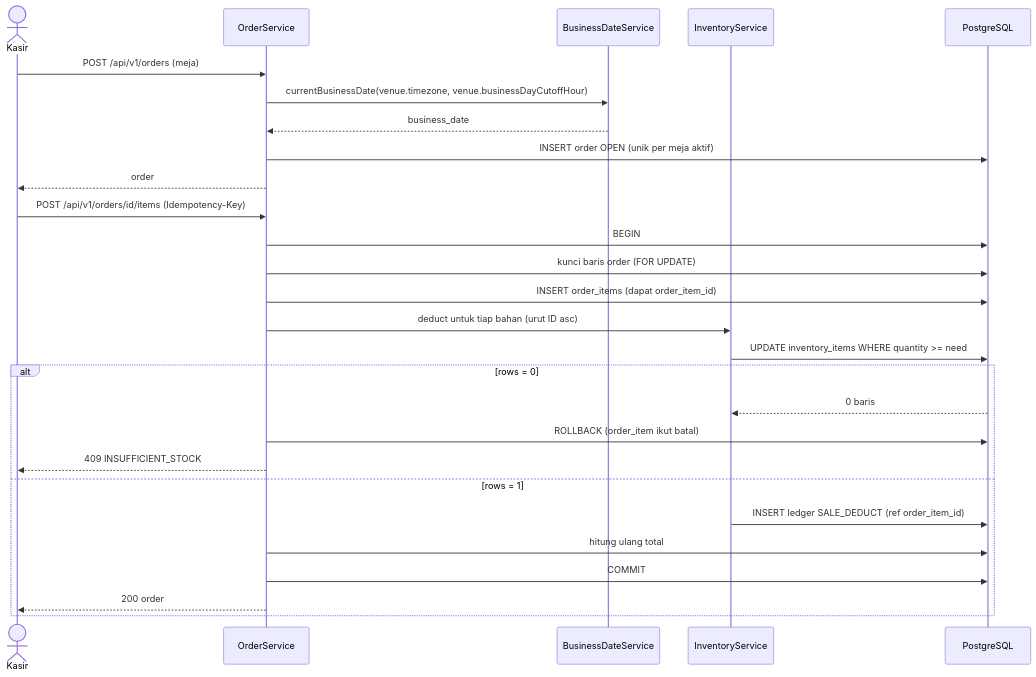
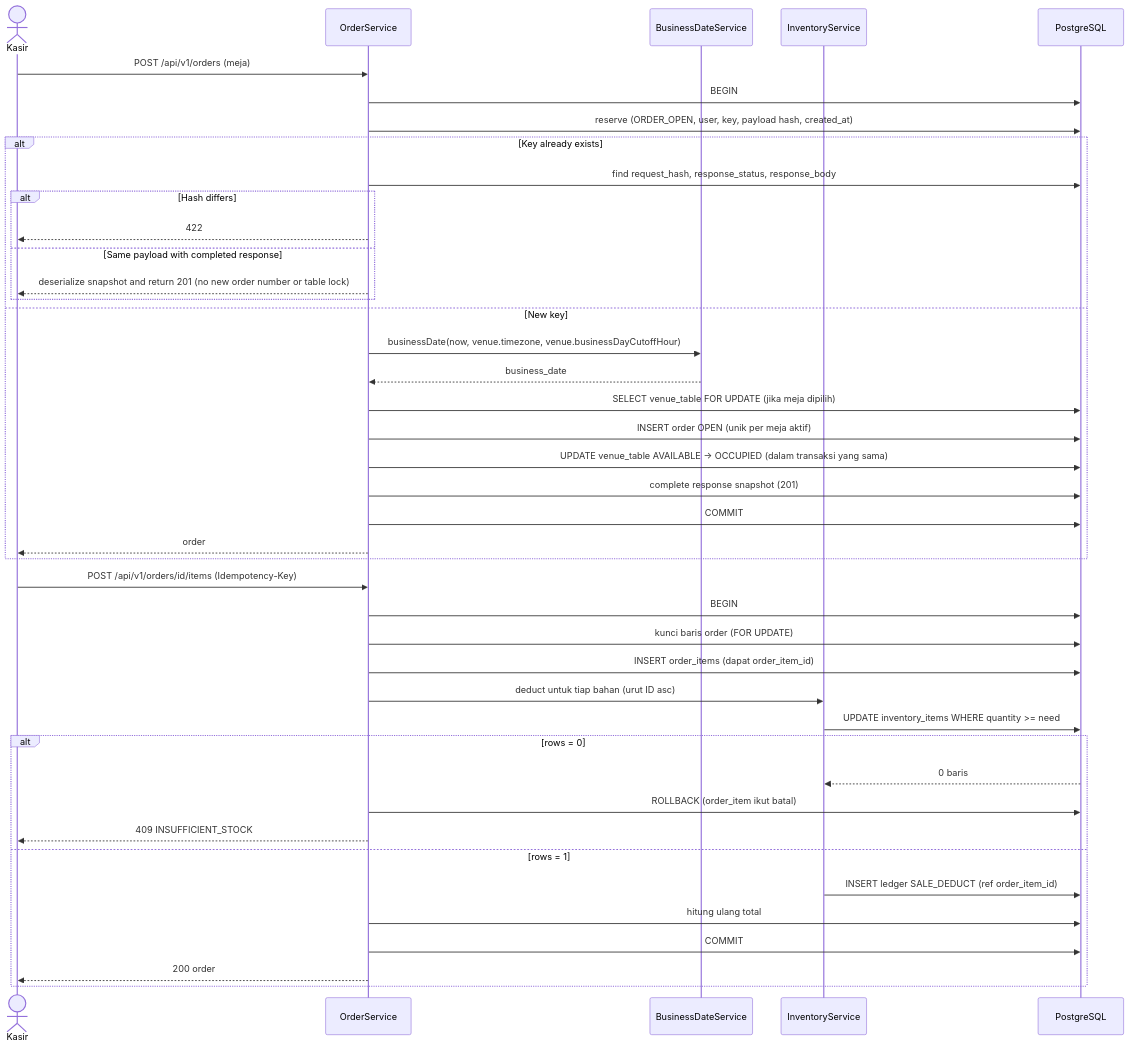
The fourth of 18 diagrams in docs/UML.md (ranggautama47/nightvenue-backend), drawn with Mermaid before and after one commit. The commit also changed other lines of this file and 14 other files, not shown here.

````diff
--- a/docs/UML.md
+++ b/docs/UML.md
@@ -264,31 +264,46 @@
 ```mermaid
 sequenceDiagram
     actor K as Kasir
     participant A as OrderService
     participant B as BusinessDateService
     participant I as InventoryService
     participant D as PostgreSQL
 
     K->>A: POST /api/v1/orders (meja)
-    A->>B: currentBusinessDate(venue.timezone, venue.businessDayCutoffHour)
+    A->>D: BEGIN
+    A->>D: reserve (ORDER_OPEN, user, key, payload hash, created_at)
+    alt Key already exists
+        A->>D: find request_hash, response_status, response_body
+        alt Hash differs
+            A-->>K: 422
+        else Same payload with completed response
+            A-->>K: deserialize snapshot and return 201 (no new order number or table lock)
+        end
+    else New key
+    A->>B: businessDate(now, venue.timezone, venue.businessDayCutoffHour)
     B-->>A: business_date
+    A->>D: SELECT venue_table FOR UPDATE (jika meja dipilih)
     A->>D: INSERT order OPEN (unik per meja aktif)
+    A->>D: UPDATE venue_table AVAILABLE → OCCUPIED (dalam transaksi yang sama)
+    A->>D: complete response snapshot (201)
+    A->>D: COMMIT
     A-->>K: order
+    end
 
     K->>A: POST /api/v1/orders/id/items (Idempotency-Key)
     A->>D: BEGIN
     A->>D: kunci baris order (FOR UPDATE)
     A->>D: INSERT order_items (dapat order_item_id)
     A->>I: deduct untuk tiap bahan (urut ID asc)
     I->>D: UPDATE inventory_items WHERE quantity >= need
     alt rows = 0
         D-->>I: 0 baris
         A->>D: ROLLBACK (order_item ikut batal)
         A-->>K: 409 INSUFFICIENT_STOCK
     else rows = 1
         I->>D: INSERT ledger SALE_DEDUCT (ref order_item_id)
         A->>D: hitung ulang total
         A->>D: COMMIT
         A-->>K: 200 order
     end
 ```
````
